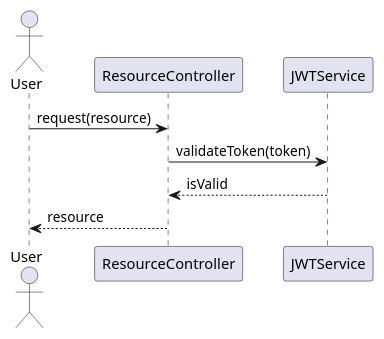
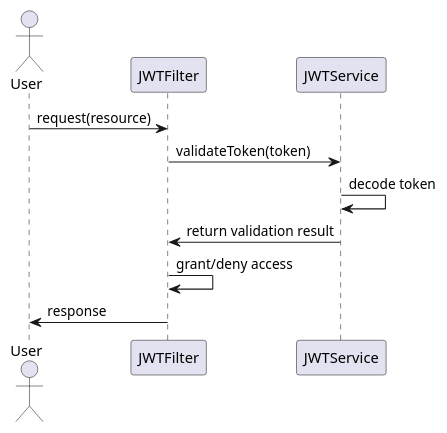
The third of 4 diagrams in enrollment/documentation/detaileddesign.adoc (Dinesh-s95/AutoDoc.ai), drawn with PlantUML before and after one commit. The commit also changed other lines of this file and 19 other files, not shown here.

```diff
--- a/enrollment/documentation/detaileddesign.adoc
+++ b/enrollment/documentation/detaileddesign.adoc
@@ -220,13 +229,15 @@
-[plantuml, jwt-validation-sequence, png]
+[plantuml, jwt-validation-flow, png]
 ----
 @startuml
-actor User
-participant "ResourceController" as RC
+actor "User" as U
+participant "JWTFilter" as JF
 participant "JWTService" as JS
 
-User -> RC : request(resource)
-RC -> JS : validateToken(token)
-JS --> RC : isValid
-RC --> User : resource
+U -> JF : request(resource)
+JF -> JS : validateToken(token)
+JS -> JS : decode token
+JS -> JF : return validation result
+JF -> JF : grant/deny access
+JF -> U : response
 @enduml
 ----
```
